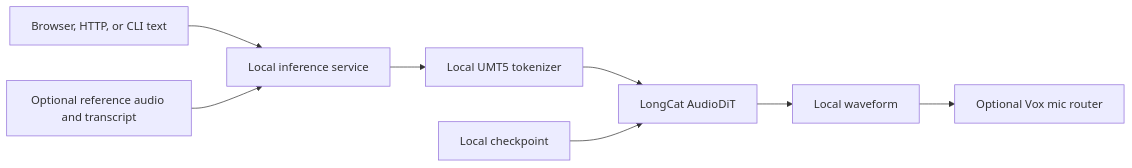
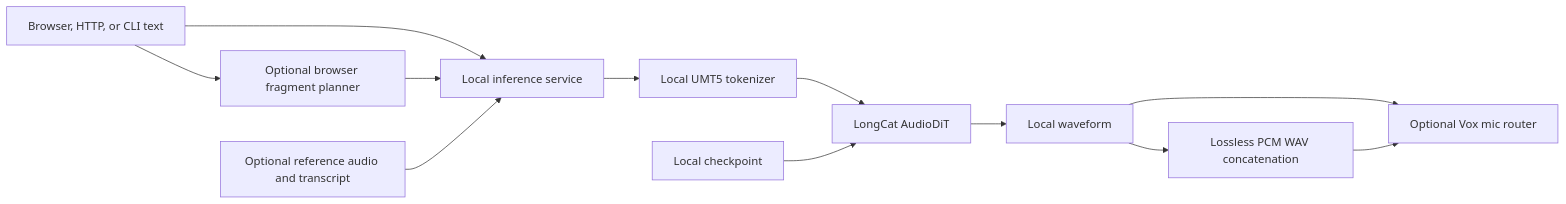
One commit to CommanderTurtle/mm-tools changed the diagram in longcat/ARCHITECTURE.md. Above: the diagram before and after it, drawn with Mermaid. The commit also changed other lines of this file and 4 other files, not shown here.

````diff
--- a/longcat/ARCHITECTURE.md
+++ b/longcat/ARCHITECTURE.md
@@ -5,10 +5,14 @@
 ```mermaid
 flowchart LR
     Input["Browser, HTTP, or CLI text"] --> Service["Local inference service"]
+    Input --> Planner["Optional browser fragment planner"]
+    Planner --> Service
     Reference["Optional reference audio and transcript"] --> Service
     Service --> Tokenizer["Local UMT5 tokenizer"]
     Tokenizer --> AudioDiT["LongCat AudioDiT"]
     Weights["Local checkpoint"] --> AudioDiT
     AudioDiT --> WAV["Local waveform"]
+    WAV --> Join["Lossless PCM WAV concatenation"]
     WAV --> Router["Optional Vox mic router"]
+    Join --> Router
 ```
````
